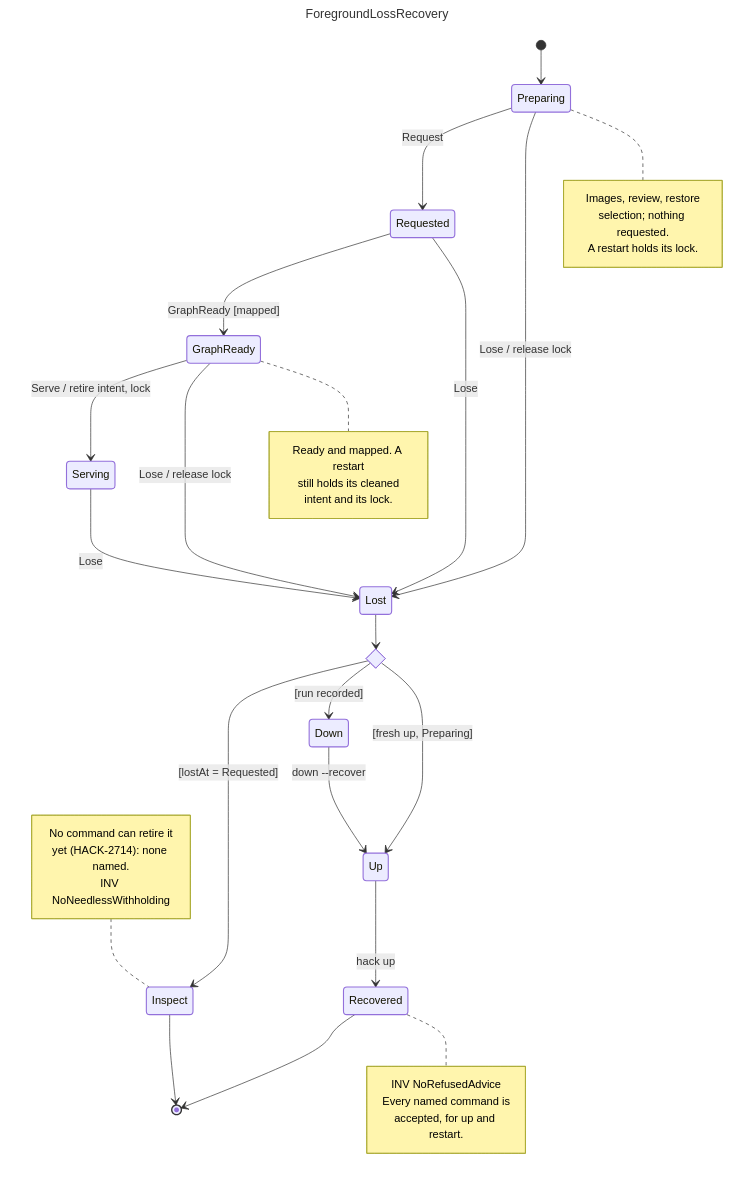
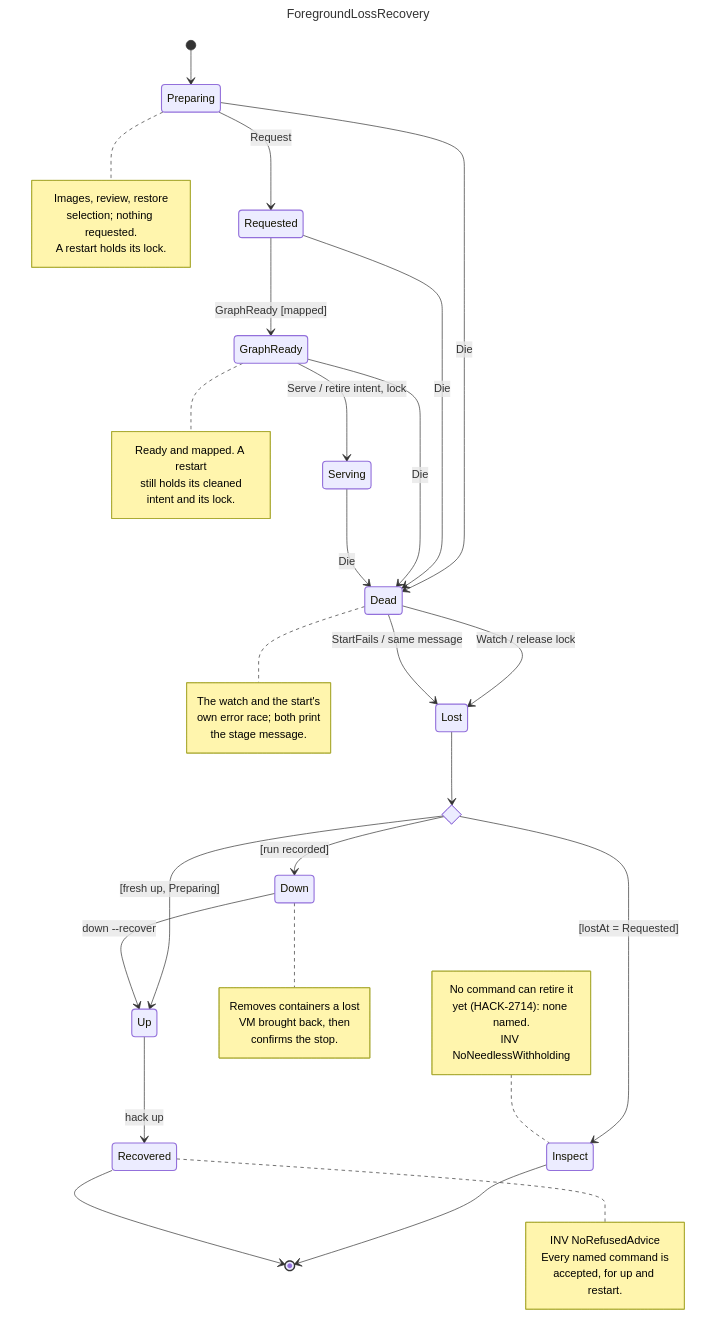
The diagram in docs/diagrams/foreground-loss-recovery.mmd (hack-dance/hack), drawn with Mermaid before and after one commit. The commit also changed 22 other files, not shown here.

```diff
--- a/docs/diagrams/foreground-loss-recovery.mmd
+++ b/docs/diagrams/foreground-loss-recovery.mmd
@@ -1,55 +1,67 @@
 ---
 title: ForegroundLossRecovery
 ---
 stateDiagram-v2
   direction TB
   [*] --> Preparing
   Preparing --> Requested : Request
   Requested --> GraphReady : GraphReady [mapped]
   GraphReady --> Serving : Serve / retire intent, lock
-  Preparing --> Lost : Lose / release lock
-  Requested --> Lost : Lose
-  GraphReady --> Lost : Lose / release lock
-  Serving --> Lost : Lose
+  Preparing --> Dead : Die
+  Requested --> Dead : Die
+  GraphReady --> Dead : Die
+  Serving --> Dead : Die
+  Dead --> Lost : Watch / release lock
+  Dead --> Lost : StartFails / same message
   state advice <<choice>>
   Lost --> advice
   advice --> Inspect : [lostAt = Requested]
   advice --> Down : [run recorded]
   advice --> Up : [fresh up, Preparing]
   Down --> Up : down --recover
   Up --> Recovered : hack up
   Inspect --> [*]
   Recovered --> [*]
 
   note right of Preparing
     Images, review, restore
     selection; nothing requested.
     A restart holds its lock.
   end note
   note right of GraphReady
     Ready and mapped. A restart
     still holds its cleaned
     intent and its lock.
   end note
+  note right of Dead
+    The watch and the start's
+    own error race; both print
+    the stage message.
+  end note
   note left of Inspect
     No command can retire it
     yet (HACK-2714): none named.
     INV NoNeedlessWithholding
+  end note
+  note right of Down
+    Removes containers a lost
+    VM brought back, then
+    confirms the stop.
   end note
   note right of Recovered
     INV NoRefusedAdvice
     Every named command is
     accepted, for up and restart.
   end note
 
   classDef live stroke-width:1.6px
   classDef wait stroke-width:1.6px
   classDef ok stroke-width:1.6px
   classDef fail stroke-width:1.6px
   classDef idle stroke-width:1.6px
   class Preparing,Requested,GraphReady wait
   class Serving live
-  class Lost fail
+  class Dead,Lost fail
   class Down,Up wait
   class Recovered ok
   class Inspect idle
```
